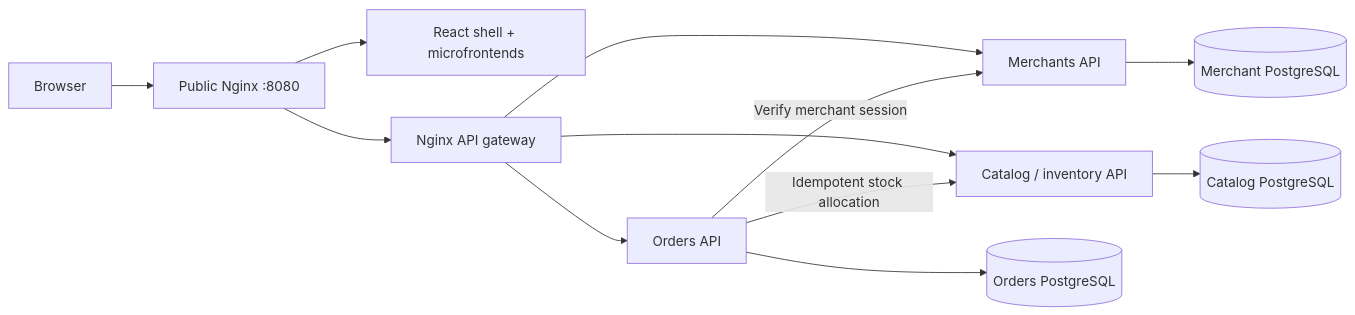
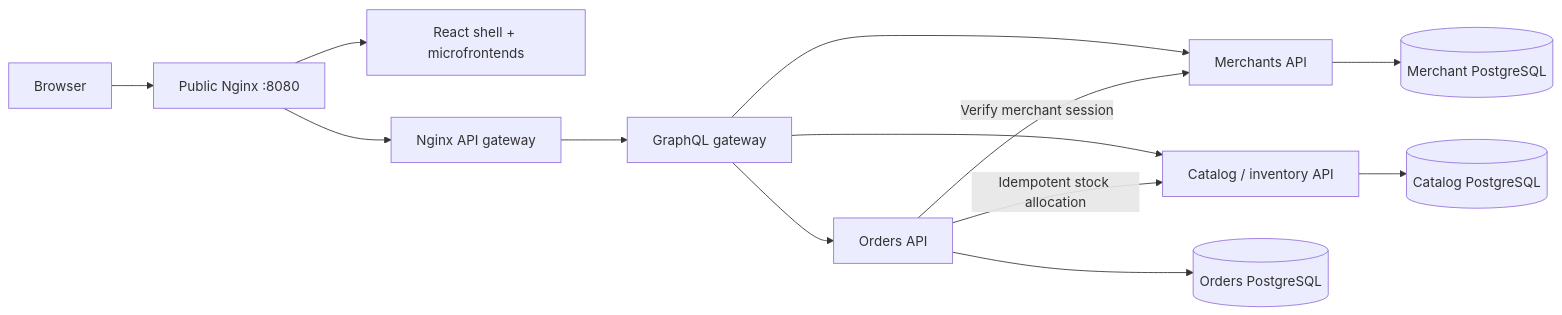
One commit to Nixon-Mburu/base_shard changed the diagram in README.md. Above: the diagram before and after it, drawn with Mermaid. The commit also changed other lines of this file and 37 other files, not shown here.

Commit message:
changed from REST to graphQL apis

````diff
--- a/README.md
+++ b/README.md
@@ -41,14 +42,15 @@
 ```mermaid
 flowchart LR
   Browser --> Web[Public Nginx :8080]
   Web --> Frontend[React shell + microfrontends]
   Web --> API[Nginx API gateway]
-  API --> Merchants[Merchants API]
-  API --> Catalog[Catalog / inventory API]
-  API --> Orders[Orders API]
+  API --> GQL[GraphQL gateway]
+  GQL --> Merchants[Merchants API]
+  GQL --> Catalog[Catalog / inventory API]
+  GQL --> Orders[Orders API]
   Merchants --> MDB[(Merchant PostgreSQL)]
   Catalog --> CDB[(Catalog PostgreSQL)]
   Orders --> ODB[(Orders PostgreSQL)]
   Orders -->|Verify merchant session| Merchants
   Orders -->|Idempotent stock allocation| Catalog
 ```
````
